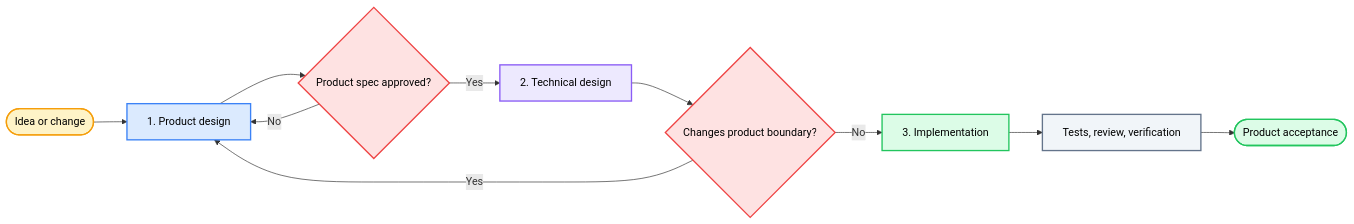
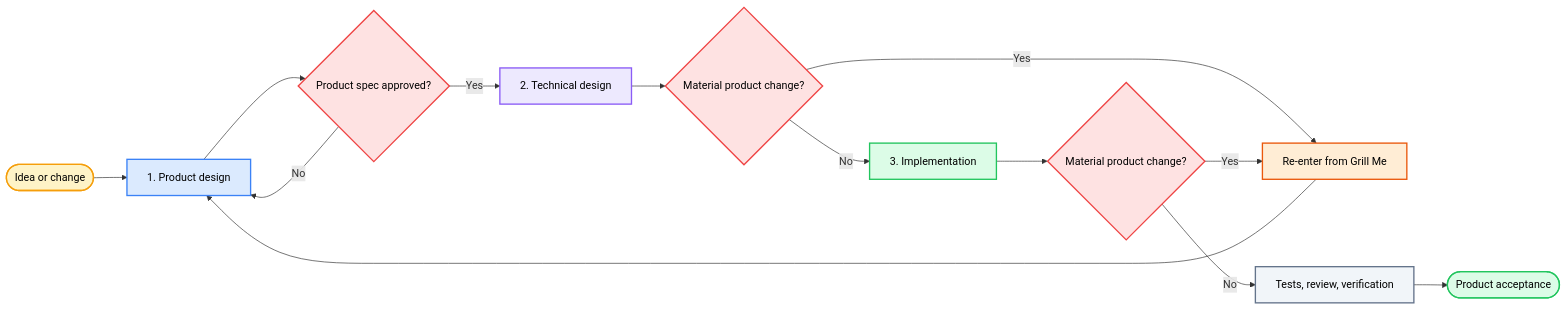
The diagram in README.md (okht/grill-powers), drawn with Mermaid before and after one commit. The commit also changed other lines of this file and 2 other files, not shown here.

First line of the commit message:
Document mid-flight product re-entry loop

````diff
--- a/README.md
+++ b/README.md
@@ -131,21 +131,26 @@
 ```mermaid
 flowchart LR
     I(["Idea or change"]) --> P["1. Product design"]
     P --> S{"Product spec approved?"}
     S -- "No" --> P
     S -- "Yes" --> T["2. Technical design"]
-    T --> C{"Changes product boundary?"}
-    C -- "Yes" --> P
+    T --> C{"Material product change?"}
+    C -- "Yes" --> R["Re-enter from Grill Me"]
+    R --> P
     C -- "No" --> D["3. Implementation"]
-    D --> V["Tests, review, verification"]
+    D --> M{"Material product change?"}
+    M -- "Yes" --> R
+    M -- "No" --> V["Tests, review, verification"]
     V --> A(["Product acceptance"])
 
     style I fill:#FEF3C7,stroke:#F59E0B,stroke-width:2px,color:#000
     style P fill:#DBEAFE,stroke:#3B82F6,stroke-width:2px,color:#000
     style S fill:#FEE2E2,stroke:#EF4444,stroke-width:2px,color:#000
     style T fill:#EDE9FE,stroke:#8B5CF6,stroke-width:2px,color:#000
     style C fill:#FEE2E2,stroke:#EF4444,stroke-width:2px,color:#000
+    style R fill:#FFEDD5,stroke:#EA580C,stroke-width:2px,color:#000
     style D fill:#DCFCE7,stroke:#22C55E,stroke-width:2px,color:#000
+    style M fill:#FEE2E2,stroke:#EF4444,stroke-width:2px,color:#000
     style V fill:#F1F5F9,stroke:#64748B,stroke-width:2px,color:#000
     style A fill:#DCFCE7,stroke:#22C55E,stroke-width:2px,color:#000
 ```
````
